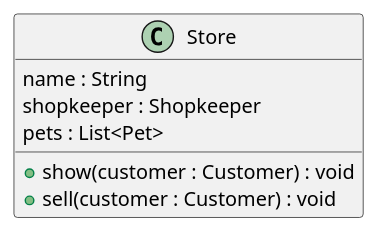
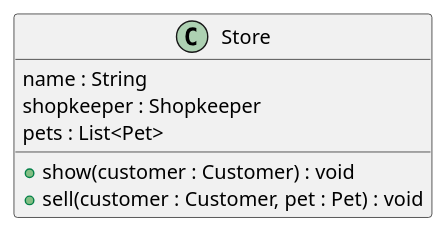
One commit to lyhcode/oosad changed the diagram in ex-mypet/store-class.md. Above: the diagram before and after it, drawn with PlantUML. The commit also changed 43 other files, not shown here.

````diff
--- a/ex-mypet/store-class.md
+++ b/ex-mypet/store-class.md
@@ -5,12 +5,12 @@
 ```uml
 @startuml
 class Store {
     name : String
     shopkeeper : Shopkeeper
     pets : List<Pet>
     
     + show(customer : Customer) : void
-    + sell(customer : Customer) : void
+    + sell(customer : Customer, pet : Pet) : void
 }
 @enduml
 ```
````
